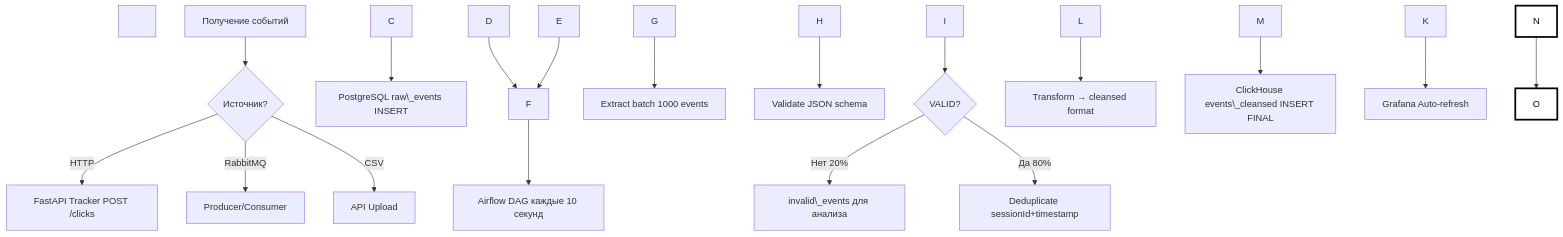
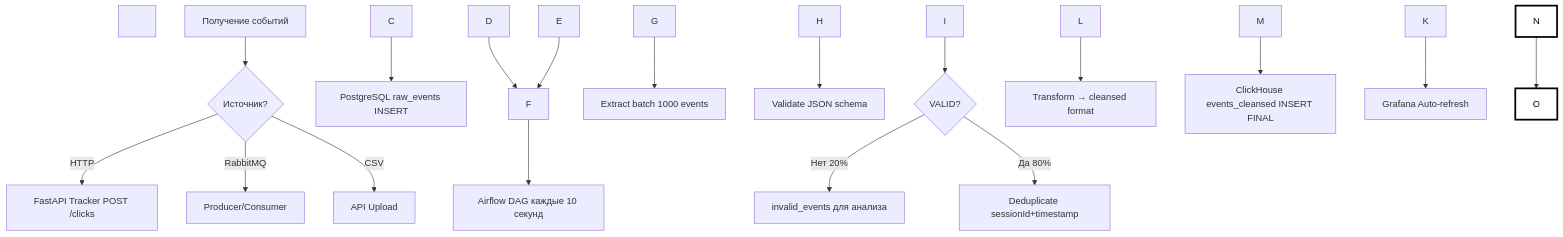
One commit to Alexsa7161/ASOBD changed the third of 5 diagrams in README.md. Above: the diagram before and after it, drawn with Mermaid. The commit also changed other lines of this file, not shown here.

````diff
--- a/README.md
+++ b/README.md
@@ -465,61 +465,61 @@
 ```mermaid
 
 flowchart TD
 
 &nbsp;   A\[Получение событий] --> B{Источник?}
 
 &nbsp;   
 
 &nbsp;   B -->|HTTP| C\[FastAPI Tracker POST /clicks]
 
 &nbsp;   B -->|RabbitMQ| D\[Producer/Consumer]
 
 &nbsp;   B -->|CSV| E\[API Upload]
 
 &nbsp;   
 
-&nbsp;   C --> F\[PostgreSQL raw\_events INSERT]
+&nbsp;   C --> F\[PostgreSQL raw_events INSERT]
 
 &nbsp;   D --> F
 
 &nbsp;   E --> F
 
 &nbsp;   
 
 &nbsp;   F --> G\[Airflow DAG каждые 10 секунд]
 
 &nbsp;   G --> H\[Extract batch 1000 events]
 
 &nbsp;   H --> I\[Validate JSON schema]
 
 &nbsp;   
 
 &nbsp;   I --> J{VALID?}
 
-&nbsp;   J -->|Нет 20%| K\[invalid\_events для анализа]
+&nbsp;   J -->|Нет 20%| K\[invalid_events для анализа]
 
 &nbsp;   J -->|Да 80%| L\[Deduplicate sessionId+timestamp]
 
 &nbsp;   
 
 &nbsp;   L --> M\[Transform → cleansed format]
 
-&nbsp;   M --> N\[ClickHouse events\_cleansed INSERT FINAL]
+&nbsp;   M --> N\[ClickHouse events_cleansed INSERT FINAL]
 
 &nbsp;   
 
 &nbsp;   K --> O\[Grafana Auto-refresh]
 
 &nbsp;   N --> O
 
 &nbsp;   
 
 &nbsp;   classDef whiteStyle fill:#ffffff,stroke:#000000,stroke-width:2px,color:#000000
 
 &nbsp;   classDef startStyle fill:#ffffff,stroke:#000000,stroke-width:3px,color:#000000
 
 &nbsp;   class A,N,O startStyle
 
 &nbsp;   classDef default whiteStyle
 
 ```
````
